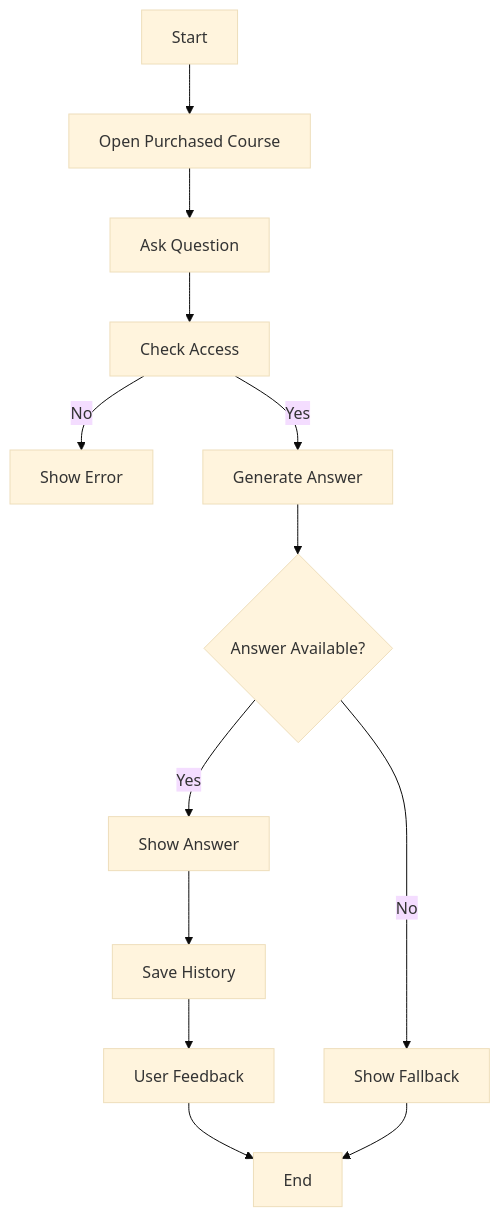
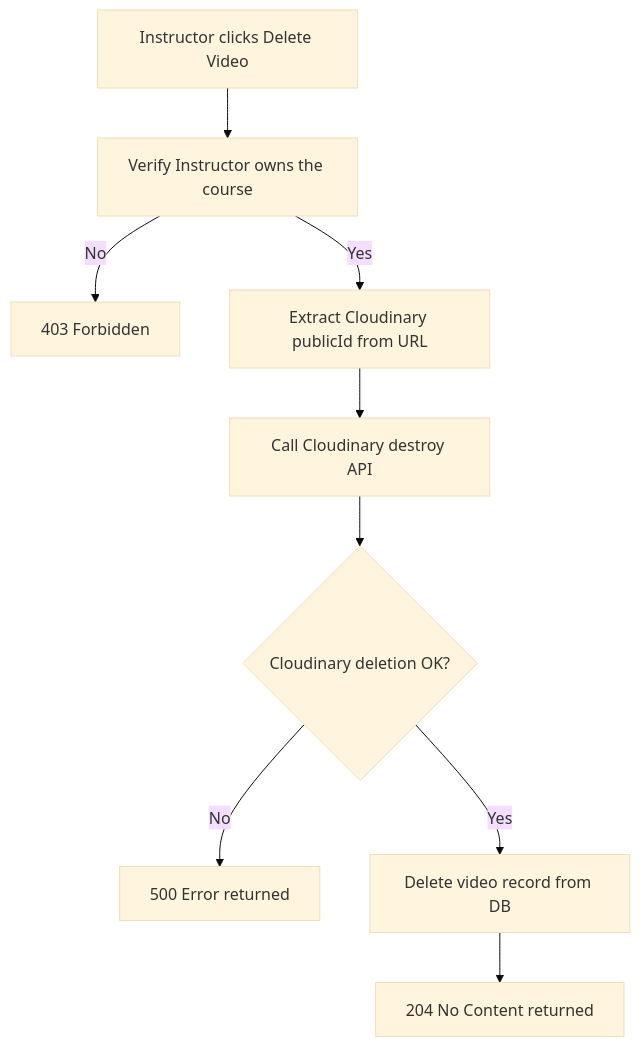
One commit to laveshgaur/LearnFlow changed the fourth of 6 diagrams in FUNCTIONAL_DOCUMENT.md. Above: the diagram before and after it, drawn with Mermaid (base theme). The commit also changed other lines of this file and 11 other files, not shown here.

Commit message:
"Added_Functionality_To_Delete_Videos_and_Updated_Course_View_and_Updated_Admin_Create_User_CSS"

````diff
--- a/FUNCTIONAL_DOCUMENT.md
+++ b/FUNCTIONAL_DOCUMENT.md
@@ -168,15 +199,11 @@
 ```mermaid
 flowchart TD
-A[Start] --> B[Open Purchased Course]
-B --> C[Ask Question]
-C --> D[Check Access]
-D -->|No| E[Show Error]
-D -->|Yes| F[Generate Answer]
-F --> G{Answer Available?}
-G -->|Yes| H[Show Answer]
-G -->|No| I[Show Fallback]
-H --> J[Save History]
-J --> K[User Feedback]
-K --> L[End]
-I --> L
+A[Instructor clicks Delete Video] --> B[Verify Instructor owns the course]
+B -->|No| C[403 Forbidden]
+B -->|Yes| D[Extract Cloudinary publicId from URL]
+D --> E[Call Cloudinary destroy API]
+E --> F{Cloudinary deletion OK?}
+F -->|No| G[500 Error returned]
+F -->|Yes| H[Delete video record from DB]
+H --> I[204 No Content returned]
 ```
````
